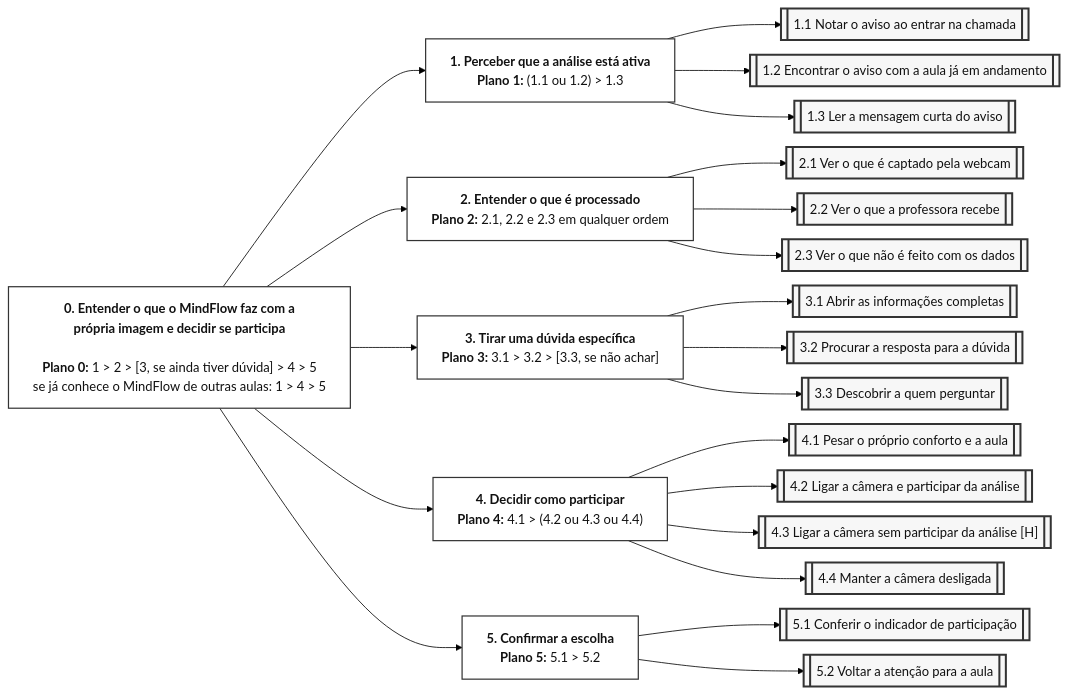
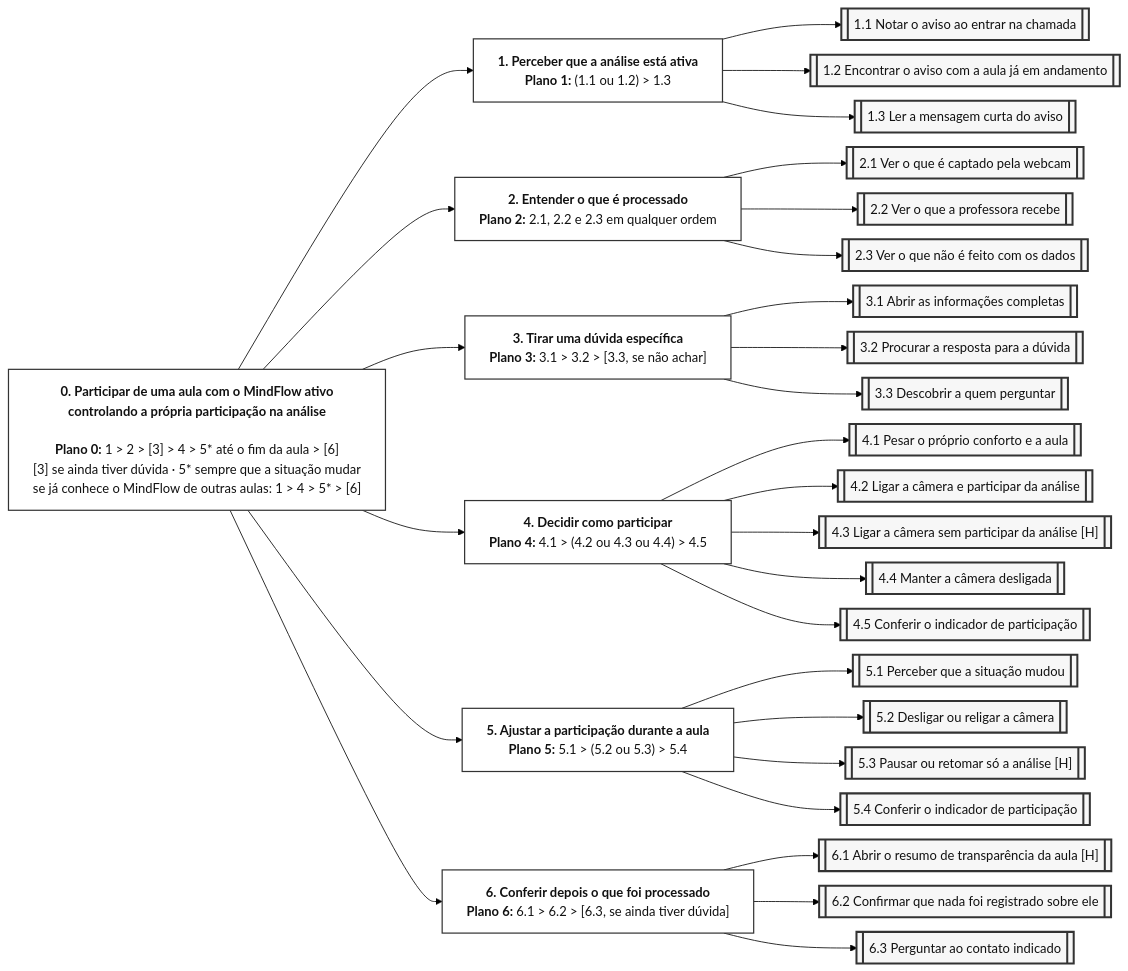
Before and after one commit to IsaRosseto/IHC_MindFlowAI: the first of 2 diagrams in docs/05_analise_tarefas.md, drawn with Mermaid (forest theme). The commit also changed other lines of this file, not shown here.

````diff
--- a/docs/05_analise_tarefas.md
+++ b/docs/05_analise_tarefas.md
@@ -54,64 +56,80 @@
 ```mermaid
 %%{init: {"flowchart": {"wrappingWidth": 600, "nodeSpacing": 18, "rankSpacing": 70, "curve": "basis"}}}%%
 flowchart LR
 
-    T0["<b>0. Entender o que o MindFlow faz com a</b><br/><b>própria imagem e decidir se participa</b><br/><br/><b>Plano 0:</b> 1 > 2 > [3, se ainda tiver dúvida] > 4 > 5<br/>se já conhece o MindFlow de outras aulas: 1 > 4 > 5"]
+    T0["<b>0. Participar de uma aula com o MindFlow ativo</b><br/><b>controlando a própria participação na análise</b><br/><br/><b>Plano 0:</b> 1 > 2 > [3] > 4 > 5* até o fim da aula > [6]<br/>[3] se ainda tiver dúvida · 5* sempre que a situação mudar<br/>se já conhece o MindFlow de outras aulas: 1 > 4 > 5* > [6]"]
 
     T1["<b>1. Perceber que a análise está ativa</b><br/><b>Plano 1:</b> (1.1 ou 1.2) > 1.3"]
     T2["<b>2. Entender o que é processado</b><br/><b>Plano 2:</b> 2.1, 2.2 e 2.3 em qualquer ordem"]
     T3["<b>3. Tirar uma dúvida específica</b><br/><b>Plano 3:</b> 3.1 > 3.2 > [3.3, se não achar]"]
-    T4["<b>4. Decidir como participar</b><br/><b>Plano 4:</b> 4.1 > (4.2 ou 4.3 ou 4.4)"]
-    T5["<b>5. Confirmar a escolha</b><br/><b>Plano 5:</b> 5.1 > 5.2"]
+    T4["<b>4. Decidir como participar</b><br/><b>Plano 4:</b> 4.1 > (4.2 ou 4.3 ou 4.4) > 4.5"]
+    T5["<b>5. Ajustar a participação durante a aula</b><br/><b>Plano 5:</b> 5.1 > (5.2 ou 5.3) > 5.4"]
+    T6["<b>6. Conferir depois o que foi processado</b><br/><b>Plano 6:</b> 6.1 > 6.2 > [6.3, se ainda tiver dúvida]"]
 
     T0 --> T1
     T0 --> T2
     T0 --> T3
     T0 --> T4
     T0 --> T5
+    T0 --> T6
 
     T11[["1.1 Notar o aviso ao entrar na chamada"]]
     T12[["1.2 Encontrar o aviso com a aula já em andamento"]]
     T13[["1.3 Ler a mensagem curta do aviso"]]
 
     T1 --> T11
     T1 --> T12
     T1 --> T13
 
     T21[["2.1 Ver o que é captado pela webcam"]]
     T22[["2.2 Ver o que a professora recebe"]]
     T23[["2.3 Ver o que não é feito com os dados"]]
 
     T2 --> T21
     T2 --> T22
     T2 --> T23
 
     T31[["3.1 Abrir as informações completas"]]
     T32[["3.2 Procurar a resposta para a dúvida"]]
     T33[["3.3 Descobrir a quem perguntar"]]
 
     T3 --> T31
     T3 --> T32
     T3 --> T33
 
     T41[["4.1 Pesar o próprio conforto e a aula"]]
     T42[["4.2 Ligar a câmera e participar da análise"]]
     T43[["4.3 Ligar a câmera sem participar da análise [H]"]]
     T44[["4.4 Manter a câmera desligada"]]
+    T45[["4.5 Conferir o indicador de participação"]]
 
     T4 --> T41
     T4 --> T42
     T4 --> T43
     T4 --> T44
+    T4 --> T45
 
-    T51[["5.1 Conferir o indicador de participação"]]
-    T52[["5.2 Voltar a atenção para a aula"]]
+    T51[["5.1 Perceber que a situação mudou"]]
+    T52[["5.2 Desligar ou religar a câmera"]]
+    T53[["5.3 Pausar ou retomar só a análise [H]"]]
+    T54[["5.4 Conferir o indicador de participação"]]
 
     T5 --> T51
     T5 --> T52
+    T5 --> T53
+    T5 --> T54
+
+    T61[["6.1 Abrir o resumo de transparência da aula [H]"]]
+    T62[["6.2 Confirmar que nada foi registrado sobre ele"]]
+    T63[["6.3 Perguntar ao contato indicado"]]
+
+    T6 --> T61
+    T6 --> T62
+    T6 --> T63
 
     classDef objetivo fill:#ffffff,stroke:#333,stroke-width:1.5px,color:#111;
     classDef operacao fill:#f7f7f7,stroke:#333,stroke-width:2.5px,color:#111;
 
-    class T0,T1,T2,T3,T4,T5 objetivo;
-    class T11,T12,T13,T21,T22,T23,T31,T32,T33,T41,T42,T43,T44,T51,T52 operacao;
+    class T0,T1,T2,T3,T4,T5,T6 objetivo;
+    class T11,T12,T13,T21,T22,T23,T31,T32,T33,T41,T42,T43,T44,T45,T51,T52,T53,T54,T61,T62,T63 operacao;
 ```
````
